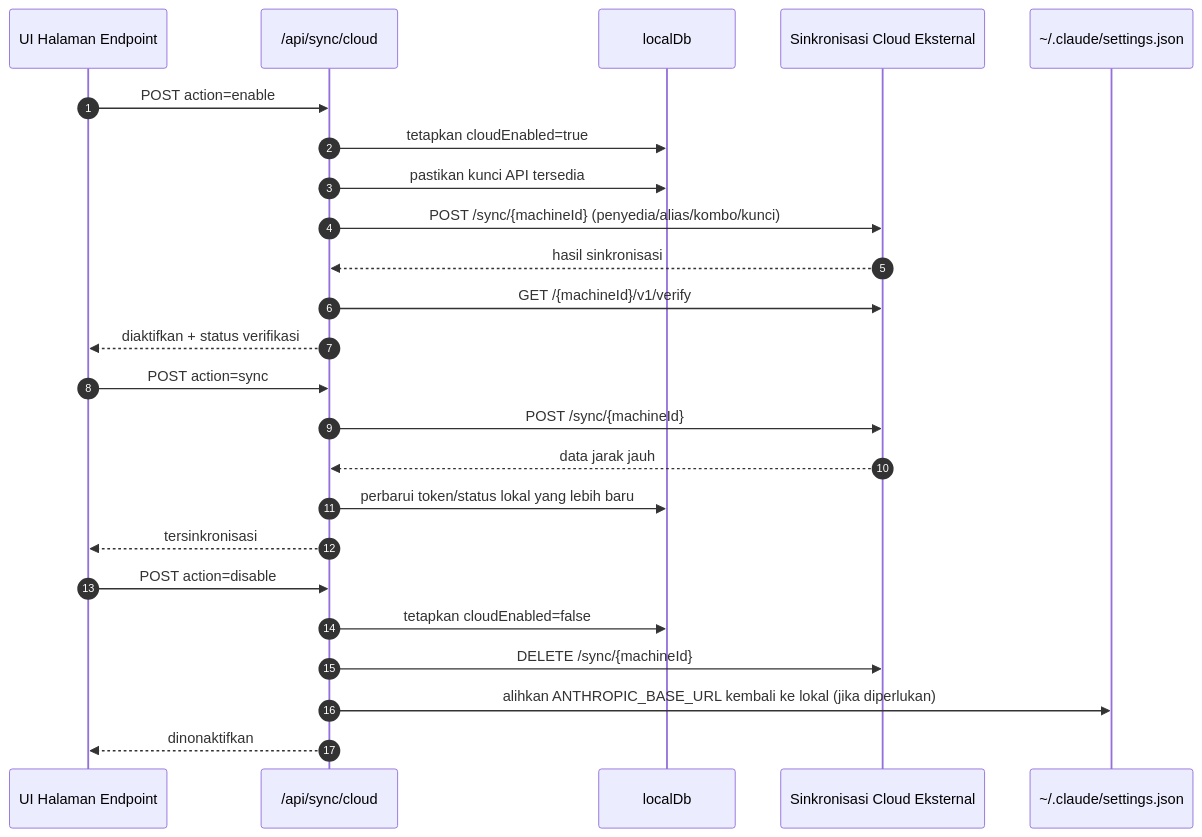
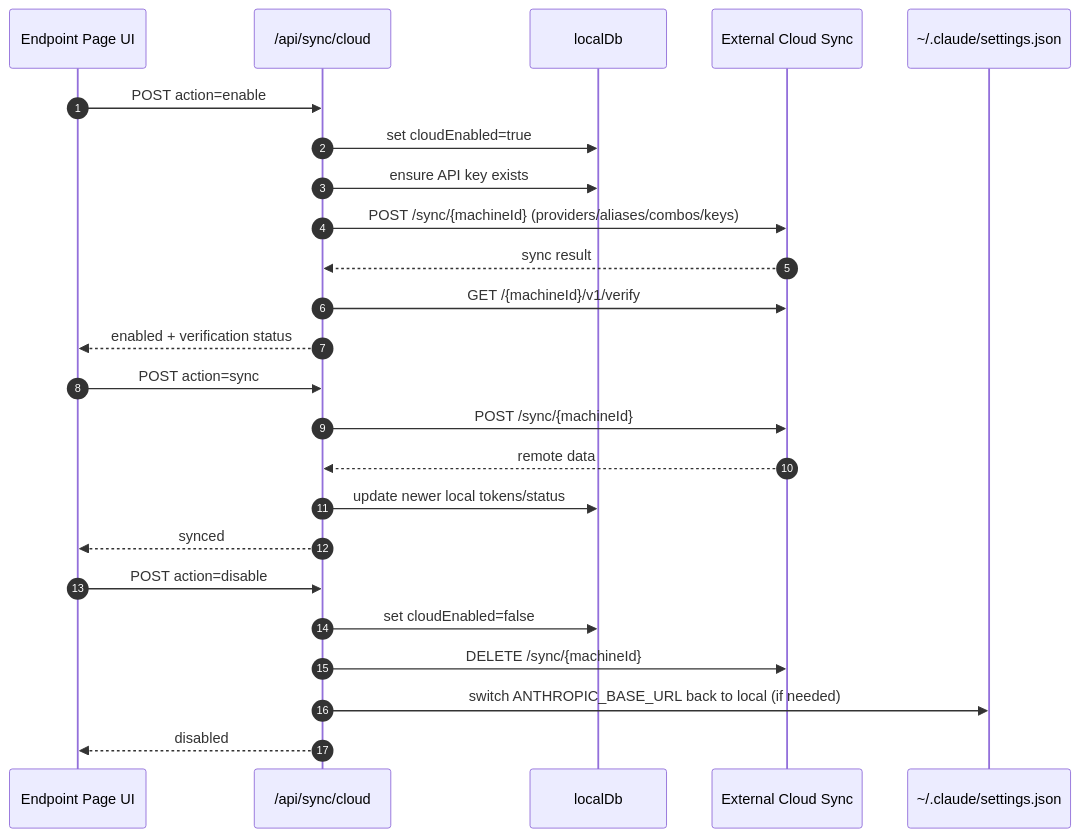
The fifth of 7 diagrams in docs/i18n/id/docs/architecture/ARCHITECTURE.md (niyatna/NiyatnaRoute), drawn with Mermaid before and after one commit. The commit also changed other lines of this file and 2447 other files, not shown here.

````diff
--- a/docs/i18n/id/docs/architecture/ARCHITECTURE.md
+++ b/docs/i18n/id/docs/architecture/ARCHITECTURE.md
@@ -667,29 +441,29 @@
 ```mermaid
 sequenceDiagram
     autonumber
-    participant UI as UI Halaman Endpoint
+    participant UI as Endpoint Page UI
     participant Sync as /api/sync/cloud
     participant DB as localDb
-    participant Cloud as Sinkronisasi Cloud Eksternal
+    participant Cloud as External Cloud Sync
     participant Claude as ~/.claude/settings.json
 
     UI->>Sync: POST action=enable
-    Sync->>DB: tetapkan cloudEnabled=true
-    Sync->>DB: pastikan kunci API tersedia
-    Sync->>Cloud: POST /sync/{machineId} (penyedia/alias/kombo/kunci)
-    Cloud-->>Sync: hasil sinkronisasi
+    Sync->>DB: set cloudEnabled=true
+    Sync->>DB: ensure API key exists
+    Sync->>Cloud: POST /sync/{machineId} (providers/aliases/combos/keys)
+    Cloud-->>Sync: sync result
     Sync->>Cloud: GET /{machineId}/v1/verify
-    Sync-->>UI: diaktifkan + status verifikasi
+    Sync-->>UI: enabled + verification status
 
     UI->>Sync: POST action=sync
     Sync->>Cloud: POST /sync/{machineId}
-    Cloud-->>Sync: data jarak jauh
-    Sync->>DB: perbarui token/status lokal yang lebih baru
-    Sync-->>UI: tersinkronisasi
+    Cloud-->>Sync: remote data
+    Sync->>DB: update newer local tokens/status
+    Sync-->>UI: synced
 
     UI->>Sync: POST action=disable
-    Sync->>DB: tetapkan cloudEnabled=false
+    Sync->>DB: set cloudEnabled=false
     Sync->>Cloud: DELETE /sync/{machineId}
-    Sync->>Claude: alihkan ANTHROPIC_BASE_URL kembali ke lokal (jika diperlukan)
-    Sync-->>UI: dinonaktifkan
+    Sync->>Claude: switch ANTHROPIC_BASE_URL back to local (if needed)
+    Sync-->>UI: disabled
 ```
````
